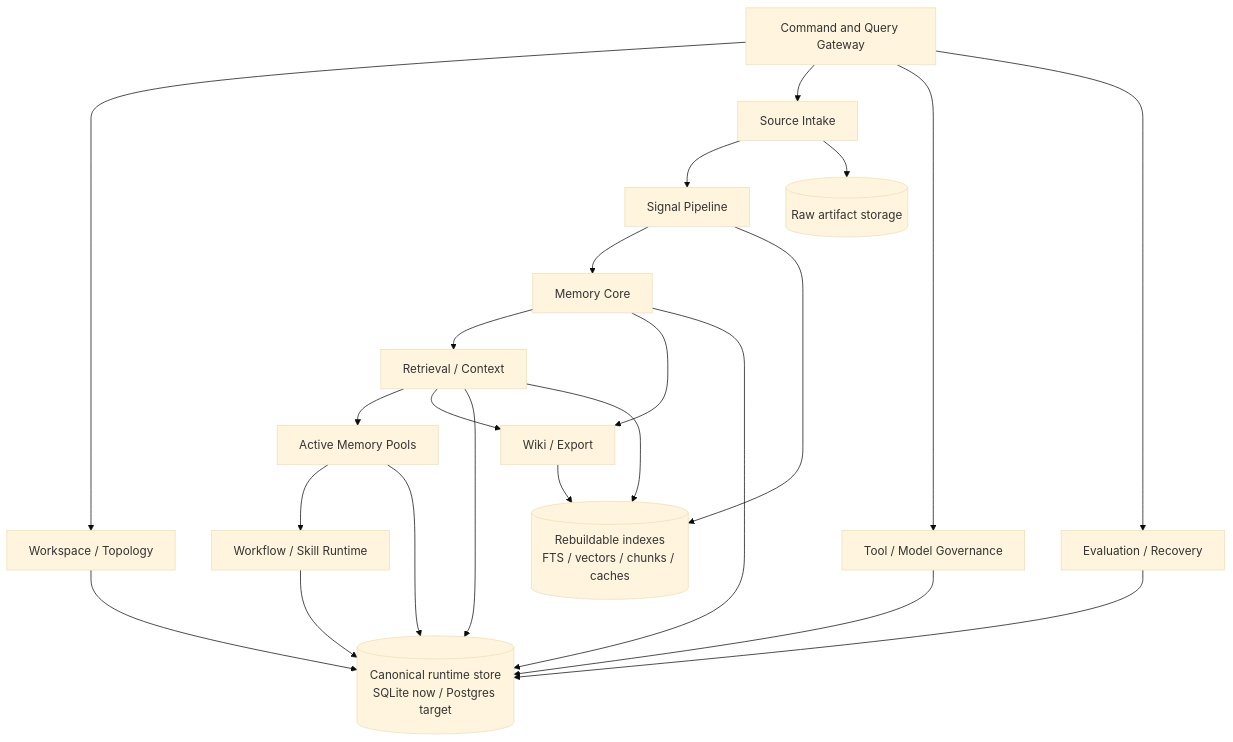
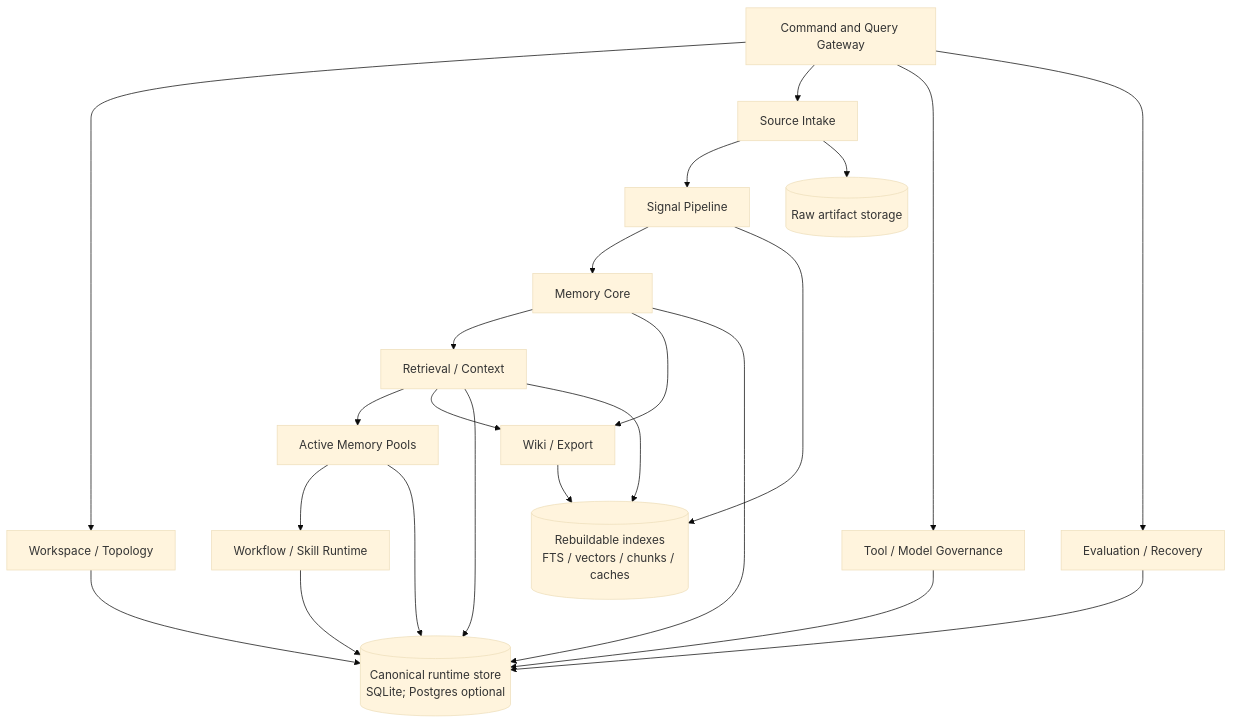
The second of 4 diagrams in docs/ROADMAP.md (Miosa-osa/OptimalEngine), drawn with Mermaid (base theme) before and after one commit. The commit also changed other lines of this file and 31 other files, not shown here.

````diff
--- a/docs/ROADMAP.md
+++ b/docs/ROADMAP.md
@@ -81,43 +81,43 @@
 ```mermaid
 flowchart TB
   Gateway[Command and Query Gateway]
 
   Topology[Workspace / Topology]
   Intake[Source Intake]
   Signal[Signal Pipeline]
   Memory[Memory Core]
   Retrieval[Retrieval / Context]
   Pools[Active Memory Pools]
   Workflow[Workflow / Skill Runtime]
   Governance[Tool / Model Governance]
   Export[Wiki / Export]
   Eval[Evaluation / Recovery]
 
-  Store[(Canonical runtime store\nSQLite now / Postgres target)]
+  Store[(Canonical runtime store\nSQLite; Postgres optional)]
   Artifacts[(Raw artifact storage)]
   Indexes[(Rebuildable indexes\nFTS / vectors / chunks / caches)]
 
   Gateway --> Topology
   Gateway --> Intake
   Intake --> Signal
   Signal --> Memory
   Memory --> Retrieval
   Retrieval --> Pools
   Pools --> Workflow
   Gateway --> Governance
   Memory --> Export
   Retrieval --> Export
   Gateway --> Eval
 
   Topology --> Store
   Memory --> Store
   Retrieval --> Store
   Pools --> Store
   Workflow --> Store
   Governance --> Store
   Eval --> Store
   Intake --> Artifacts
   Signal --> Indexes
   Retrieval --> Indexes
   Export --> Indexes
 ```
````
